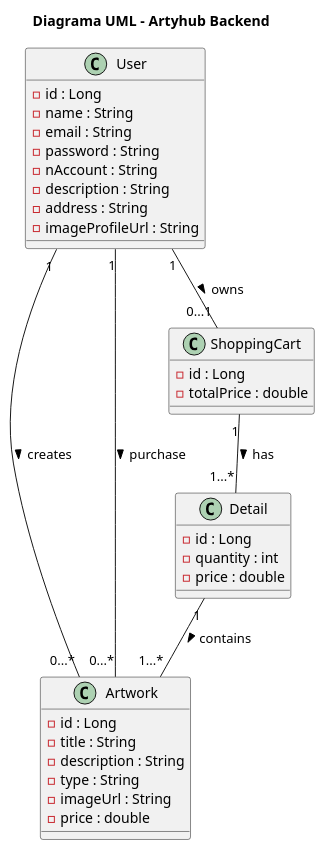
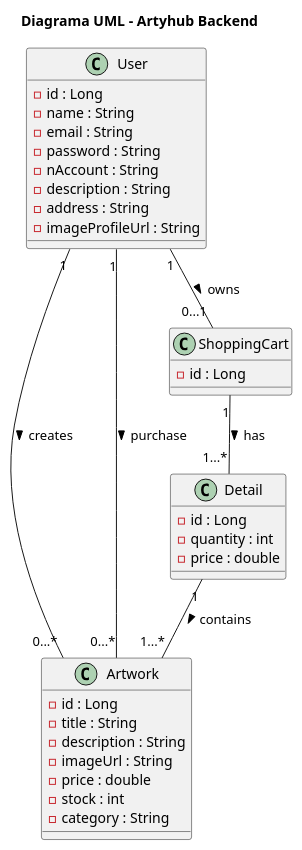
One commit to ArtiHub-Mislata/tienda-back changed the diagram in docs/uml/artyhub-back.puml. Above: the diagram before and after it, drawn with PlantUML. The commit also changed 1 other file, not shown here.

Commit message:
pushed uml image

```diff
--- a/docs/uml/artyhub-back.puml
+++ b/docs/uml/artyhub-back.puml
@@ -1,43 +1,43 @@
 @startuml
 
 title Diagrama UML - Artyhub Backend
 
 class User {
     - id : Long
     - name : String
     - email : String
     - password : String
     - nAccount : String
     - description : String
     - address : String
     - imageProfileUrl : String
 }
 
 class Artwork {
     - id : Long
     - title : String
     - description : String
-    - type : String
     - imageUrl : String
     - price : double
+    - stock : int
+    - category : String
 }
 
 class Detail {
     - id : Long
     - quantity : int
     - price : double
 }
 
 class ShoppingCart {
     - id : Long
-    - totalPrice : double
 }
 
 User "1" -- "0...*" Artwork : creates >
 User "1" -- "0...1" ShoppingCart : owns >
 ShoppingCart "1" -- "1...*" Detail : has >
 Detail "1" -- "1...*" Artwork : contains >
 User "1" -- "0...*" Artwork : purchase >
 
 
 @enduml
```
